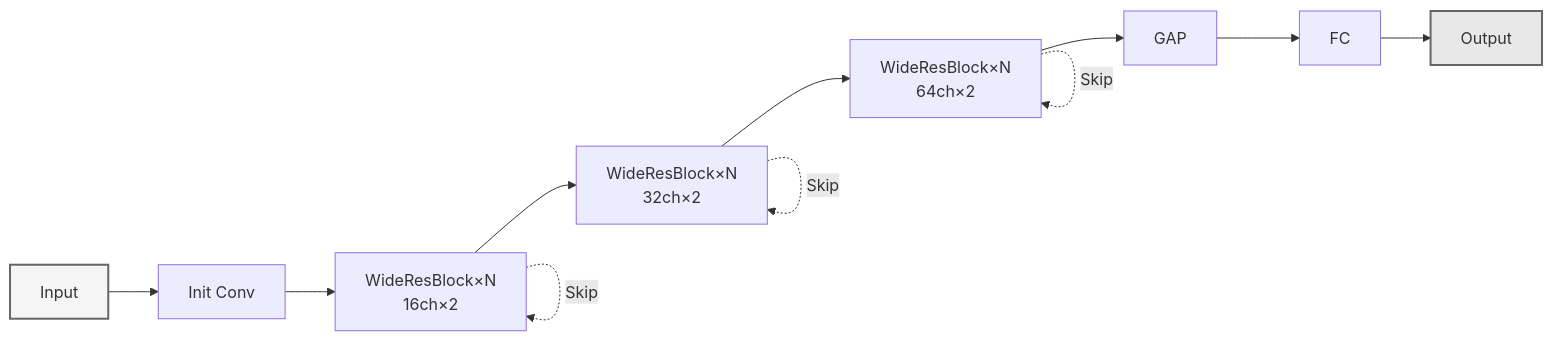
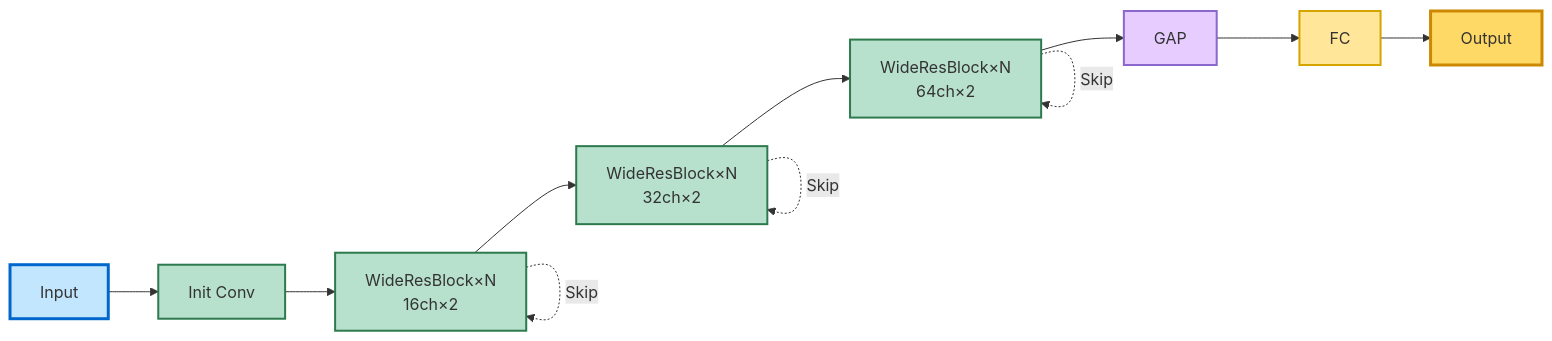
Before and after one commit to soroosh-tanzadeh/rotary-insight: the seventh of 13 diagrams in models/MODEL_ARCHITECTURES.md, drawn with Mermaid. The commit also changed other lines of this file and 5 other files, not shown here.

````diff
--- a/models/MODEL_ARCHITECTURES.md
+++ b/models/MODEL_ARCHITECTURES.md
@@ -399,13 +424,19 @@
 ```mermaid
 graph LR
     A[Input] --> B[Init Conv]
     B --> C[WideResBlock×N<br/>16ch×2]
     C --> D[WideResBlock×N<br/>32ch×2]
     D --> E[WideResBlock×N<br/>64ch×2]
     E --> F[GAP] --> G[FC] --> H[Output]
     C -.Skip.-> C
     D -.Skip.-> D
     E -.Skip.-> E
-    style A fill:#f5f5f5,stroke:#666,stroke-width:2px
-    style H fill:#e8e8e8,stroke:#666,stroke-width:2px
+    style A fill:#c3e6ff,stroke:#0066cc,stroke-width:3px
+    style B fill:#b7e1cd,stroke:#2d7a4f,stroke-width:2px
+    style C fill:#b7e1cd,stroke:#2d7a4f,stroke-width:2px
+    style D fill:#b7e1cd,stroke:#2d7a4f,stroke-width:2px
+    style E fill:#b7e1cd,stroke:#2d7a4f,stroke-width:2px
+    style F fill:#e6ccff,stroke:#8b66cc,stroke-width:2px
+    style G fill:#ffe699,stroke:#d4a500,stroke-width:2px
+    style H fill:#ffd966,stroke:#cc8800,stroke-width:3px
 ```
````
